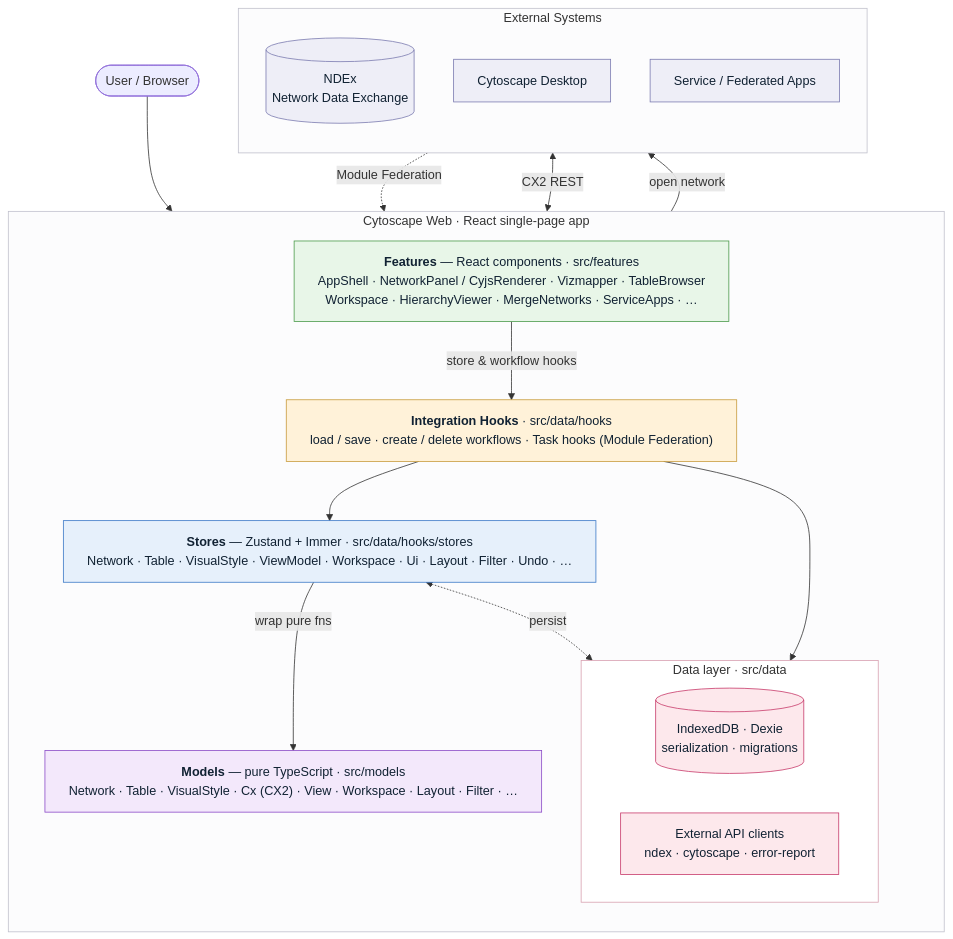
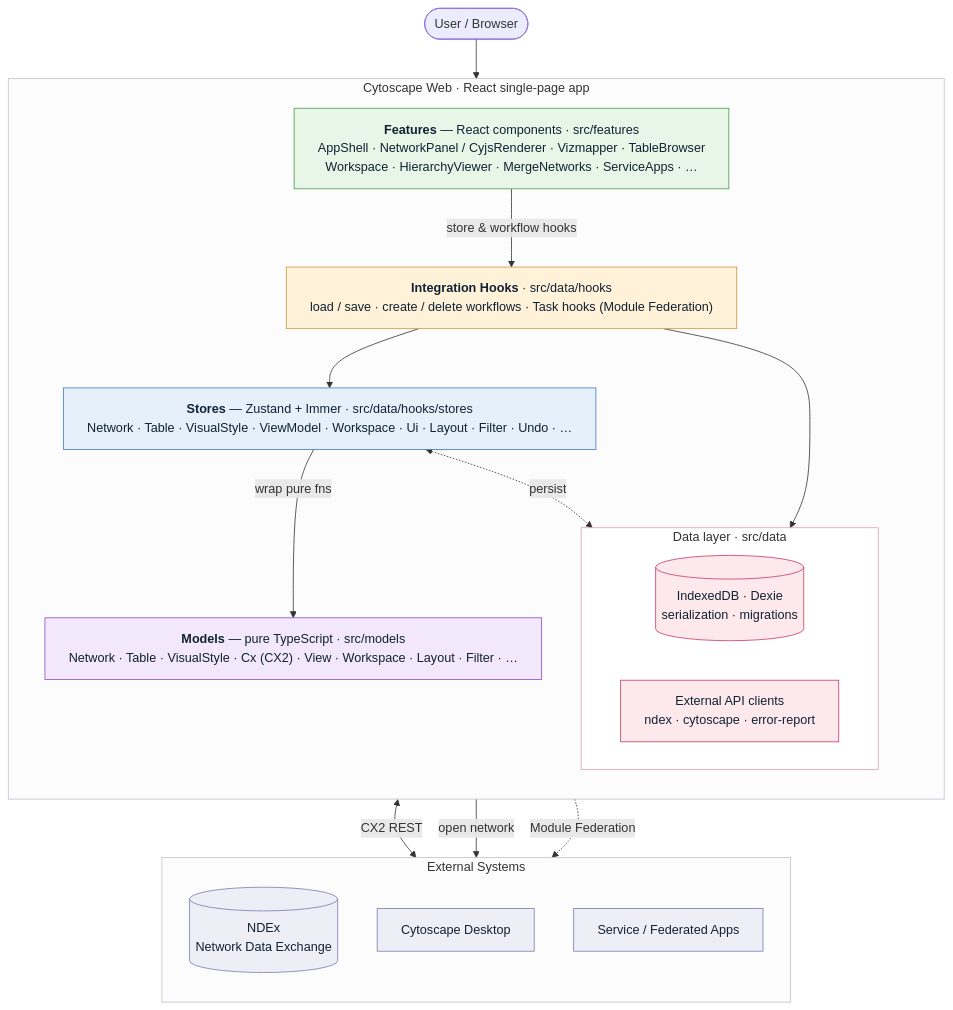
Before and after one commit to cytoscape/cytoscape-web: the diagram in README.md, drawn with Mermaid.

Commit message:
Clarify federated app connection

````diff
--- a/README.md
+++ b/README.md
@@ -50,52 +50,52 @@
 ```mermaid
 %%{init: {"flowchart": {"wrappingWidth": 620, "curve": "basis"}}}%%
 flowchart TB
     User(["User / Browser"])
 
     subgraph app["Cytoscape Web · React single-page app"]
       direction TB
       Features["<b>Features</b> — React components · src/features<br/>AppShell · NetworkPanel / CyjsRenderer · Vizmapper · TableBrowser<br/>Workspace · HierarchyViewer · MergeNetworks · ServiceApps · …"]
       Hooks["<b>Integration Hooks</b> · src/data/hooks<br/>load / save · create / delete workflows · Task hooks (Module Federation)"]
       Stores["<b>Stores</b> — Zustand + Immer · src/data/hooks/stores<br/>Network · Table · VisualStyle · ViewModel · Workspace · Ui · Layout · Filter · Undo · …"]
       Models["<b>Models</b> — pure TypeScript · src/models<br/>Network · Table · VisualStyle · Cx (CX2) · View · Workspace · Layout · Filter · …"]
       subgraph datalayer["Data layer · src/data"]
         direction LR
         DB[("IndexedDB · Dexie<br/>serialization · migrations")]
         ExtApi["External API clients<br/>ndex · cytoscape · error-report"]
       end
     end
 
     subgraph ext["External Systems"]
       direction TB
       NDEx[("NDEx<br/>Network Data Exchange")]
       CyDesktop["Cytoscape Desktop"]
       FedApps["Service / Federated Apps"]
     end
 
     User --> Features
     Features -->|store & workflow hooks| Hooks
     Hooks --> Stores
     Stores -->|wrap pure fns| Models
     Stores <-.->|persist| DB
     Hooks --> ExtApi
     ExtApi <-->|CX2 REST| NDEx
     ExtApi -->|open network| CyDesktop
-    FedApps -.->|Module Federation| Hooks
+    Hooks -.->|Module Federation| FedApps
 
     classDef featCls fill:#e8f6e8,stroke:#4a9a4a,color:#123
     classDef hookCls fill:#fff2d9,stroke:#c79a3a,color:#123
     classDef storeCls fill:#e6f0fb,stroke:#3a78c7,color:#123
     classDef modelCls fill:#f3e8fb,stroke:#8a4ac7,color:#123
     classDef dataCls fill:#fde8ec,stroke:#c73a6a,color:#123
     classDef extCls fill:#eeeef7,stroke:#7a7ab0,color:#123
 
     class Features featCls
     class Hooks hookCls
     class Stores storeCls
     class Models modelCls
     class DB,ExtApi dataCls
     class NDEx,CyDesktop,FedApps extCls
     style app fill:#fcfcfd,stroke:#c0c0cc
     style datalayer fill:#ffffff,stroke:#d8a0b0
     style ext fill:#fcfcfd,stroke:#c0c0cc
 ```
````
